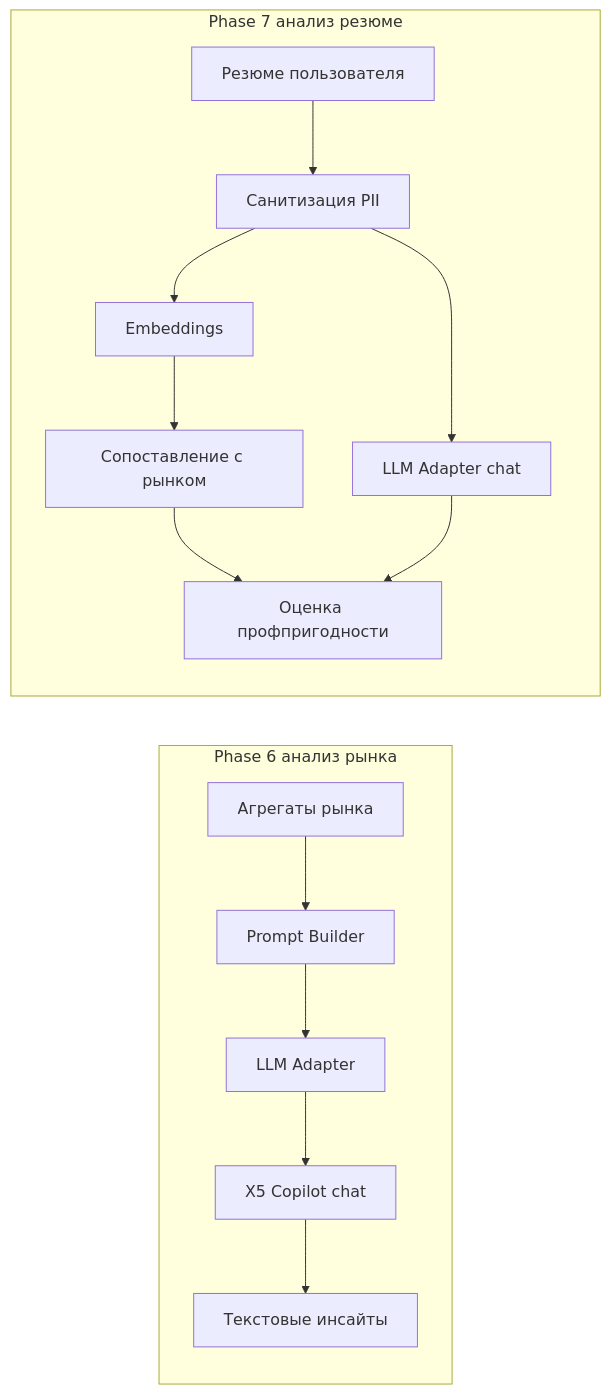
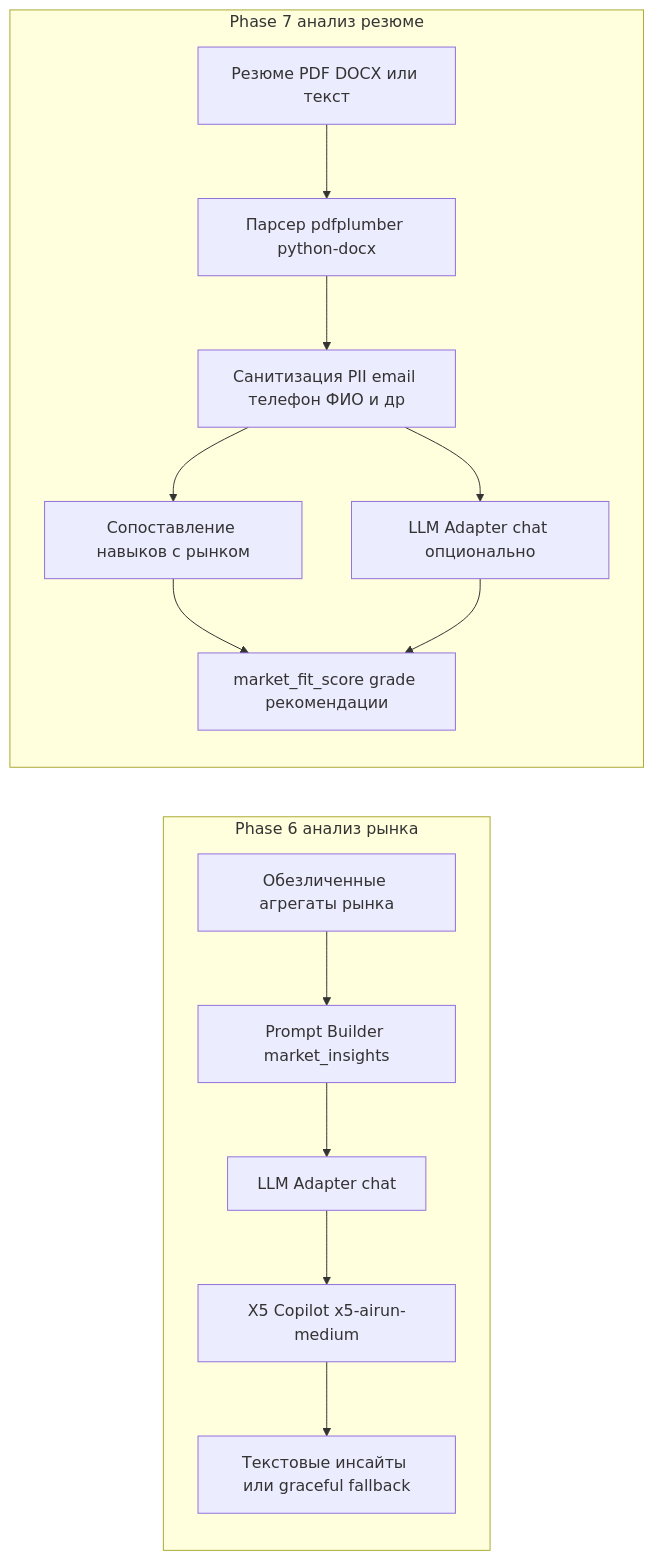
The fifth of 6 diagrams in docs/02-architecture.md (kemberl1/hh_analyser), drawn with Mermaid before and after one commit. The commit also changed other lines of this file and 9 other files, not shown here.

````diff
--- a/docs/02-architecture.md
+++ b/docs/02-architecture.md
@@ -194,18 +211,18 @@
 ```mermaid
 flowchart LR
     subgraph Phase6 [Phase 6 анализ рынка]
-        AGG2[Агрегаты рынка] --> PR[Prompt Builder]
-        PR --> LA2[LLM Adapter]
-        LA2 --> X52[X5 Copilot chat]
-        X52 --> INS[Текстовые инсайты]
+        AGG2[Обезличенные агрегаты рынка] --> PR[Prompt Builder market_insights]
+        PR --> LA2[LLM Adapter chat]
+        LA2 --> X52[X5 Copilot x5-airun-medium]
+        X52 --> INS[Текстовые инсайты или graceful fallback]
     end
 
     subgraph Phase7 [Phase 7 анализ резюме]
-        RES[Резюме пользователя] --> SAN[Санитизация PII]
-        SAN --> EMB[Embeddings]
-        EMB --> SIM[Сопоставление с рынком]
-        SAN --> LA3[LLM Adapter chat]
-        SIM --> SCORE[Оценка профпригодности]
+        RES[Резюме PDF DOCX или текст] --> PARSE[Парсер pdfplumber python-docx]
+        PARSE --> SAN[Санитизация PII email телефон ФИО и др]
+        SAN --> SIM[Сопоставление навыков с рынком]
+        SAN --> LA3[LLM Adapter chat опционально]
+        SIM --> SCORE[market_fit_score grade рекомендации]
         LA3 --> SCORE
     end
 ```
````
